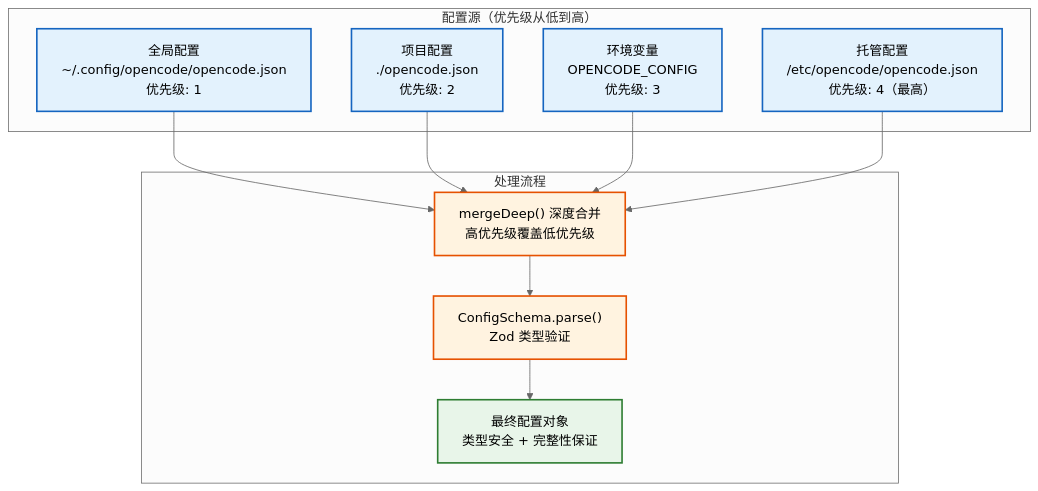
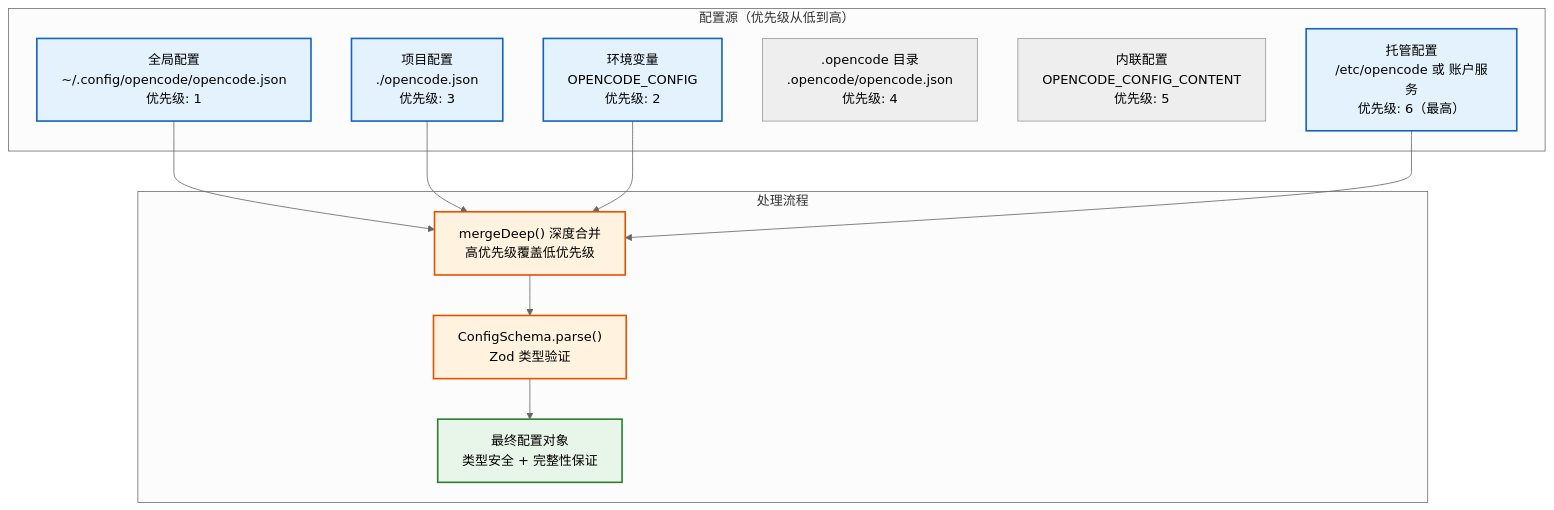
The diagram in docs/book/chapters/01-foundation/05-config-system.md (HelloGGX/opencode), drawn with Mermaid (neutral theme) before and after one commit. The commit also changed other lines of this file and 2 other files, not shown here.

````diff
--- a/docs/book/chapters/01-foundation/05-config-system.md
+++ b/docs/book/chapters/01-foundation/05-config-system.md
@@ -543,30 +585,32 @@
 ```mermaid
 graph TB
     subgraph Sources["配置源（优先级从低到高）"]
         Global["全局配置<br/>~/.config/opencode/opencode.json<br/>优先级: 1"]
-        Project["项目配置<br/>./opencode.json<br/>优先级: 2"]
-        Env["环境变量<br/>OPENCODE_CONFIG<br/>优先级: 3"]
-        Managed["托管配置<br/>/etc/opencode/opencode.json<br/>优先级: 4（最高）"]
+        Env["环境变量<br/>OPENCODE_CONFIG<br/>优先级: 2"]
+        Project["项目配置<br/>./opencode.json<br/>优先级: 3"]
+        DotOpencode[".opencode 目录<br/>.opencode/opencode.json<br/>优先级: 4"]
+        Inline["内联配置<br/>OPENCODE_CONFIG_CONTENT<br/>优先级: 5"]
+        Managed["托管配置<br/>/etc/opencode 或 账户服务<br/>优先级: 6（最高）"]
     end
 
     subgraph Process["处理流程"]
         Merge["mergeDeep() 深度合并<br/>高优先级覆盖低优先级"]
         Validate["ConfigSchema.parse()<br/>Zod 类型验证"]
         Final["最终配置对象<br/>类型安全 + 完整性保证"]
     end
 
     Global --> Merge
     Project --> Merge
     Env --> Merge
     Managed --> Merge
     Merge --> Validate
     Validate --> Final
 
     classDef sourceStyle fill:#e3f2fd,stroke:#1565c0,stroke-width:2px
     classDef processStyle fill:#fff3e0,stroke:#e65100,stroke-width:2px
     classDef finalStyle fill:#e8f5e9,stroke:#2e7d32,stroke-width:2px
 
     class Global,Project,Env,Managed sourceStyle
     class Merge,Validate processStyle
     class Final finalStyle
 ```
````
